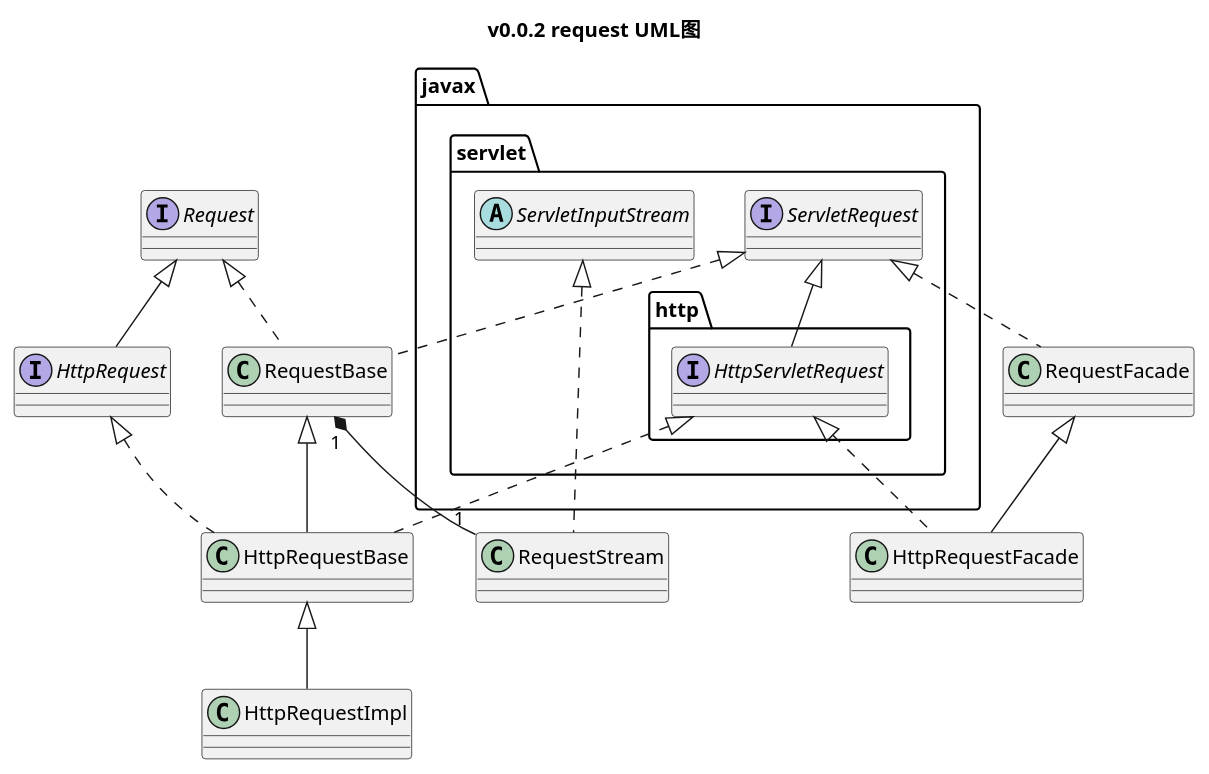
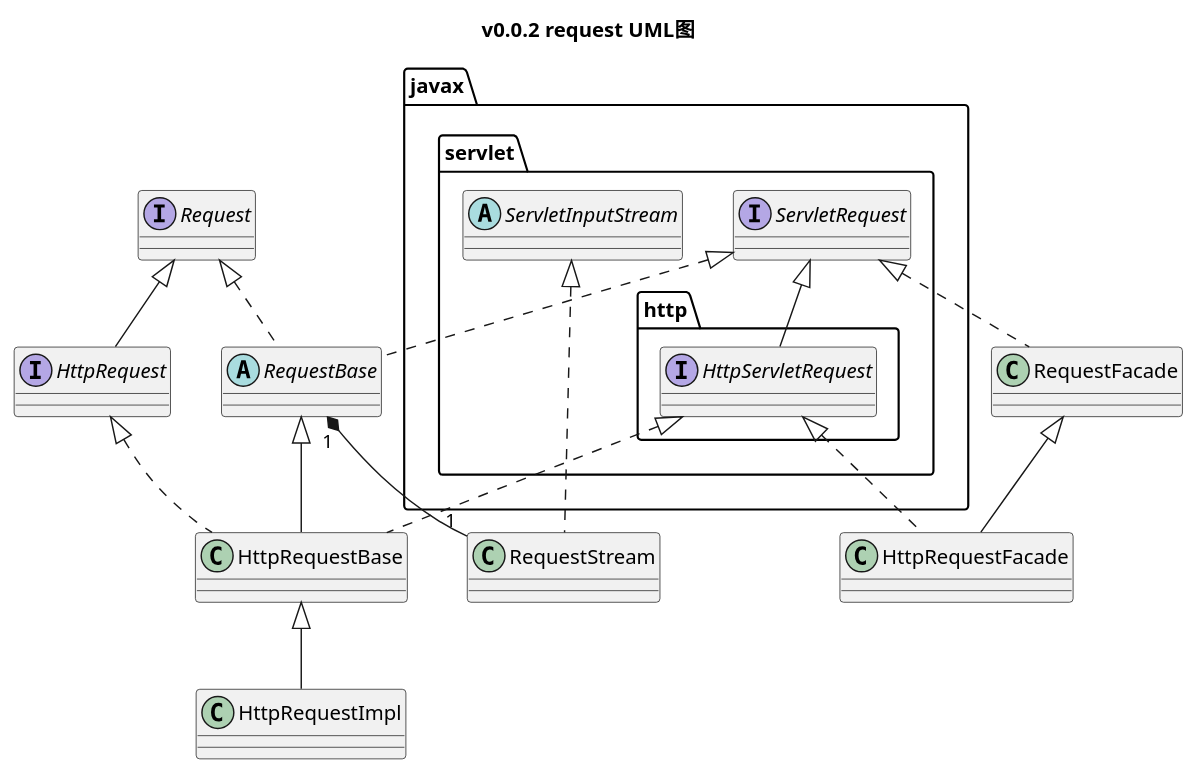
One commit to Executioner2/http-server changed the diagram in uml/v0.0.2/request.puml. Above: the diagram before and after it, drawn with PlantUML. The commit also changed 11 other files, not shown here.

```diff
--- a/uml/v0.0.2/request.puml
+++ b/uml/v0.0.2/request.puml
@@ -1,30 +1,30 @@
 @startuml
 
 title v0.0.2 request UML图
 interface Request
 interface javax.servlet.ServletRequest
 interface javax.servlet.http.HttpServletRequest
 interface HttpRequest
 abstract class javax.servlet.ServletInputStream
-class RequestBase
+abstract class RequestBase
 class HttpRequestBase
 class HttpRequestImpl
 class HttpRequestFacade
 class RequestFacade
 class RequestStream
 
 Request <|-- HttpRequest
 javax.servlet.ServletRequest <|-- javax.servlet.http.HttpServletRequest
 RequestBase <|-- HttpRequestBase
 HttpRequestBase <|-- HttpRequestImpl
 RequestFacade <|-- HttpRequestFacade
 Request <|.. RequestBase
 javax.servlet.ServletRequest <|.. RequestBase
 HttpRequest <|.. HttpRequestBase
 javax.servlet.http.HttpServletRequest <|.. HttpRequestBase
 javax.servlet.ServletRequest <|.. RequestFacade
 javax.servlet.http.HttpServletRequest <|.. HttpRequestFacade
 javax.servlet.ServletInputStream <|.. RequestStream
 RequestBase "1" *-- "1" RequestStream
 
 @enduml
```
